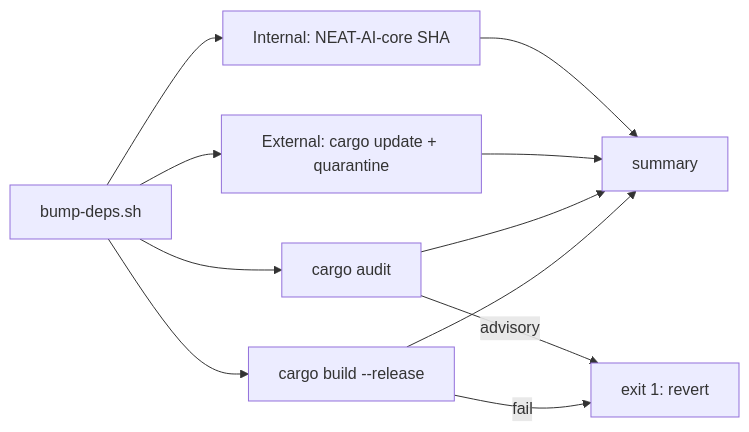
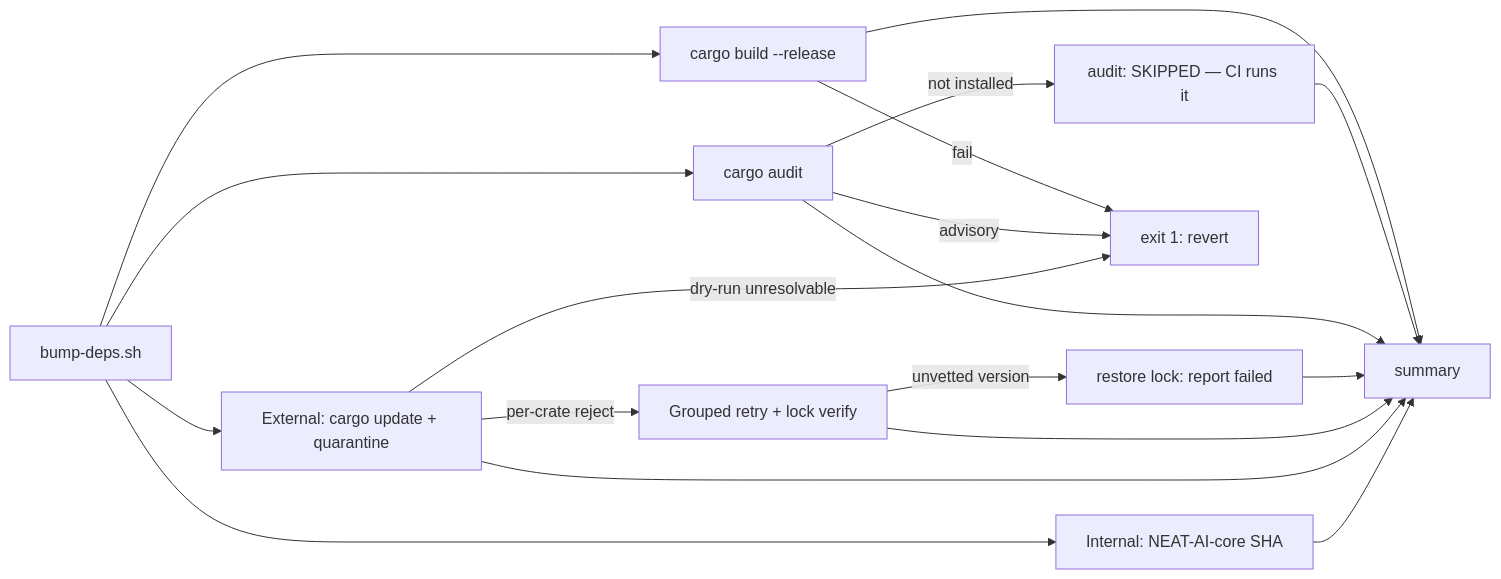
Before and after one commit to stSoftwareAU/NEAT-AI-scorer: diagram 19 of 24 in README.md, drawn with Mermaid. The commit also changed other lines of this file and 7 other files, not shown here.

````diff
--- a/README.md
+++ b/README.md
@@ -1522,13 +1539,20 @@
 ```mermaid
 flowchart LR
     A[bump-deps.sh] --> B[Internal: NEAT-AI-core SHA]
     A --> C[External: cargo update + quarantine]
     A --> D[cargo audit]
     A --> E[cargo build --release]
-    D -->|advisory| X[exit 1: revert]
+    C -->|per-crate reject| R[Grouped retry + lock verify]
+    R -->|unvetted version| RV[restore lock: report failed]
+    C -->|dry-run unresolvable| X[exit 1: revert]
+    D -->|advisory| X
+    D -->|not installed| K[audit: SKIPPED — CI runs it]
     E -->|fail| X
     B --> S[summary]
     C --> S
+    R --> S
+    RV --> S
     D --> S
+    K --> S
     E --> S
 ```
````
